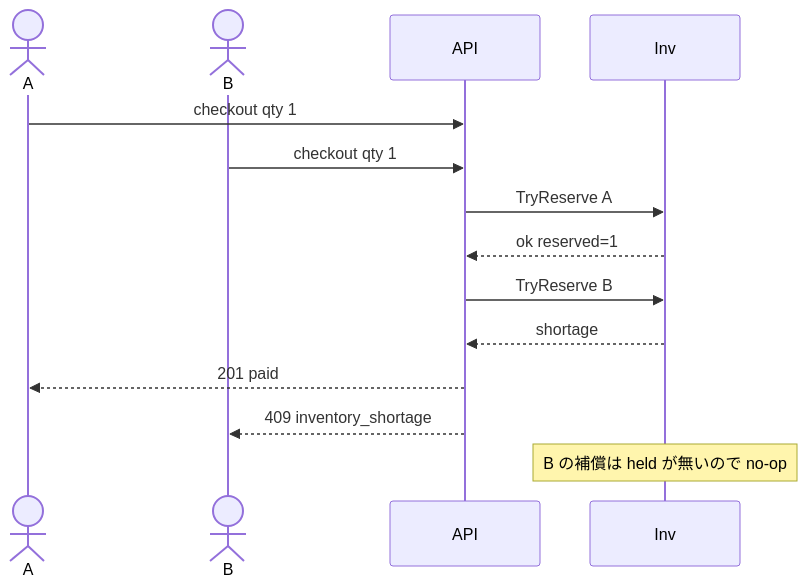
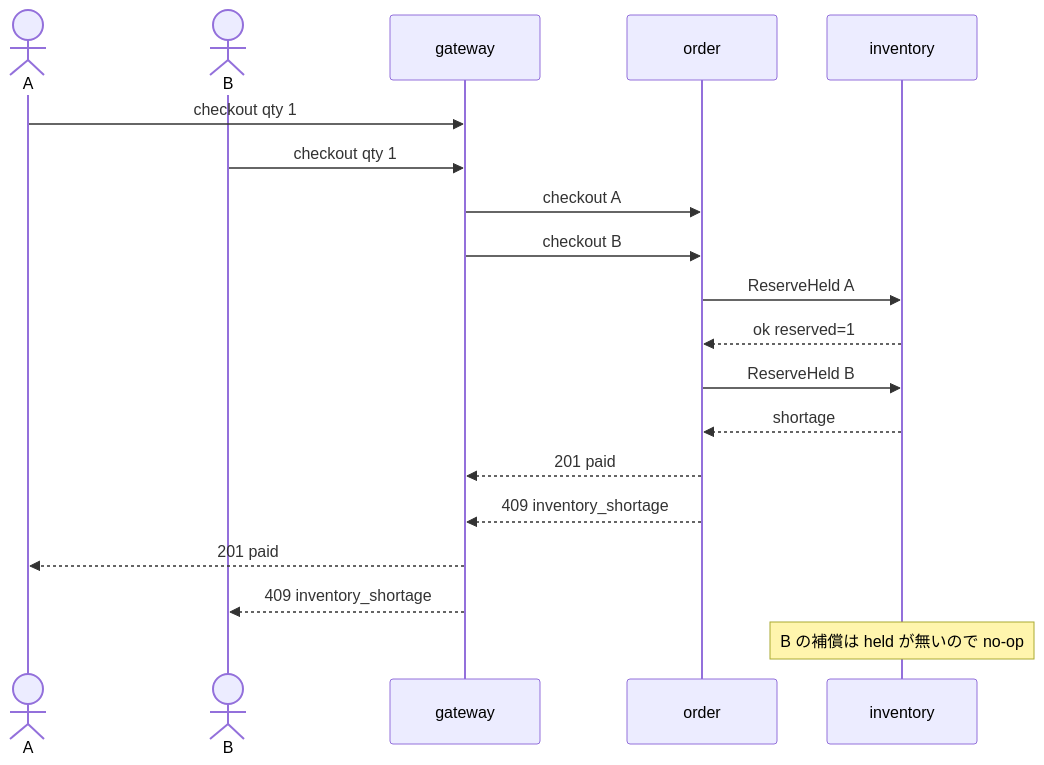
Before and after one commit to maeplego/portfolio-plan: the fourth of 6 diagrams in portfolio-plan/commerce-platform/docs/06-diagrams.md, drawn with Mermaid. The commit also changed other lines of this file and 8 other files, not shown here.

First line of the commit message:
docs(P06): catalog/inventory/order の同一リポジトリ抽出を書類に追随させる

````diff
--- a/portfolio-plan/commerce-platform/docs/06-diagrams.md
+++ b/portfolio-plan/commerce-platform/docs/06-diagrams.md
@@ -68,16 +71,21 @@
 ```mermaid
 sequenceDiagram
   actor A
   actor B
-  participant API
-  participant Inv
-  A->>API: checkout qty 1
-  B->>API: checkout qty 1
-  API->>Inv: TryReserve A
-  Inv-->>API: ok reserved=1
-  API->>Inv: TryReserve B
-  Inv-->>API: shortage
-  API-->>A: 201 paid
-  API-->>B: 409 inventory_shortage
+  participant GW as gateway
+  participant Ord as order
+  participant Inv as inventory
+  A->>GW: checkout qty 1
+  B->>GW: checkout qty 1
+  GW->>Ord: checkout A
+  GW->>Ord: checkout B
+  Ord->>Inv: ReserveHeld A
+  Inv-->>Ord: ok reserved=1
+  Ord->>Inv: ReserveHeld B
+  Inv-->>Ord: shortage
+  Ord-->>GW: 201 paid
+  Ord-->>GW: 409 inventory_shortage
+  GW-->>A: 201 paid
+  GW-->>B: 409 inventory_shortage
   Note over Inv: B の補償は held が無いので no-op
 ```
````
